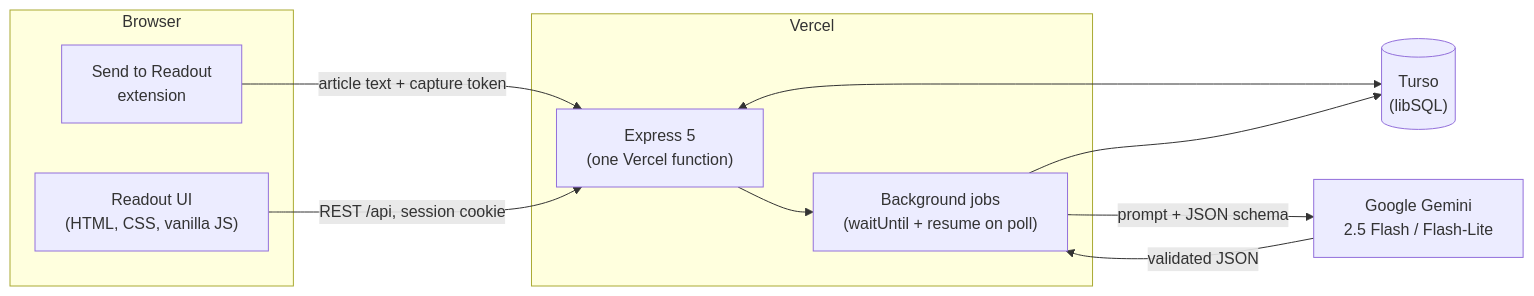
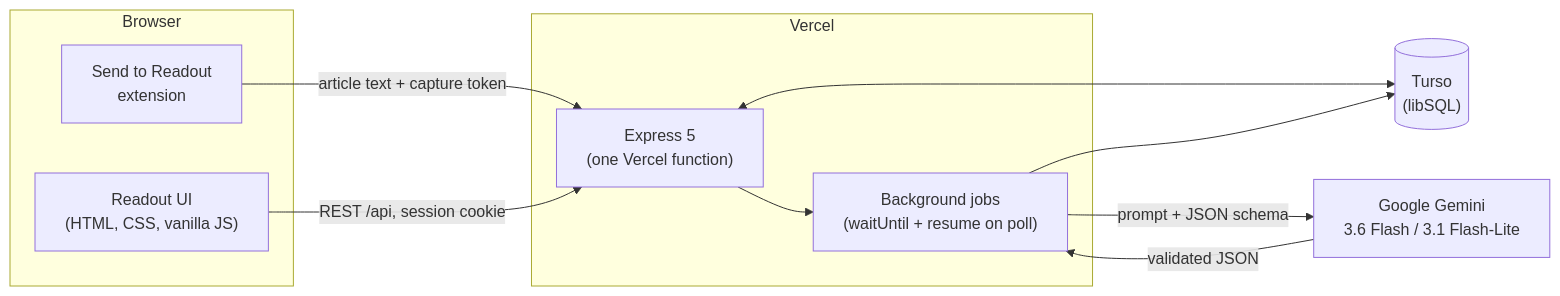
The diagram in README.md (anshullmishra-png/business-reader-ai-journal), drawn with Mermaid before and after one commit. The commit also changed other lines of this file and 4 other files, not shown here.

First line of the commit message:
Move to Gemini 3.x: 3.1 Flash-Lite and 3.6 Flash

````diff
--- a/README.md
+++ b/README.md
@@ -47,20 +47,20 @@
 ```mermaid
 flowchart LR
   subgraph Browser
     UI["Readout UI<br/>(HTML, CSS, vanilla JS)"]
     EXT["Send to Readout<br/>extension"]
   end
   subgraph Vercel
     API["Express 5<br/>(one Vercel function)"]
     JOBS["Background jobs<br/>(waitUntil + resume on poll)"]
   end
   DB[("Turso<br/>(libSQL)")]
-  AI["Google Gemini<br/>2.5 Flash / Flash-Lite"]
+  AI["Google Gemini<br/>3.6 Flash / 3.1 Flash-Lite"]
   EXT -- "article text + capture token" --> API
   UI -- "REST /api, session cookie" --> API
   API <--> DB
   API --> JOBS
   JOBS -- "prompt + JSON schema" --> AI
   AI -- "validated JSON" --> JOBS
   JOBS --> DB
 ```
````
